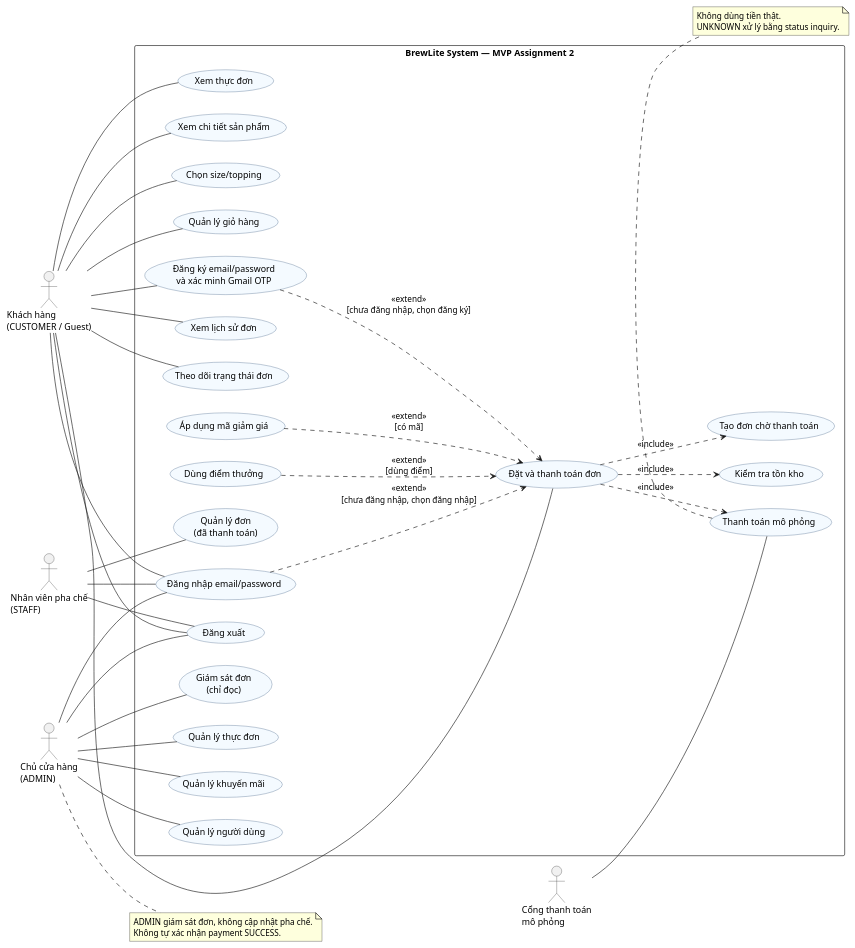
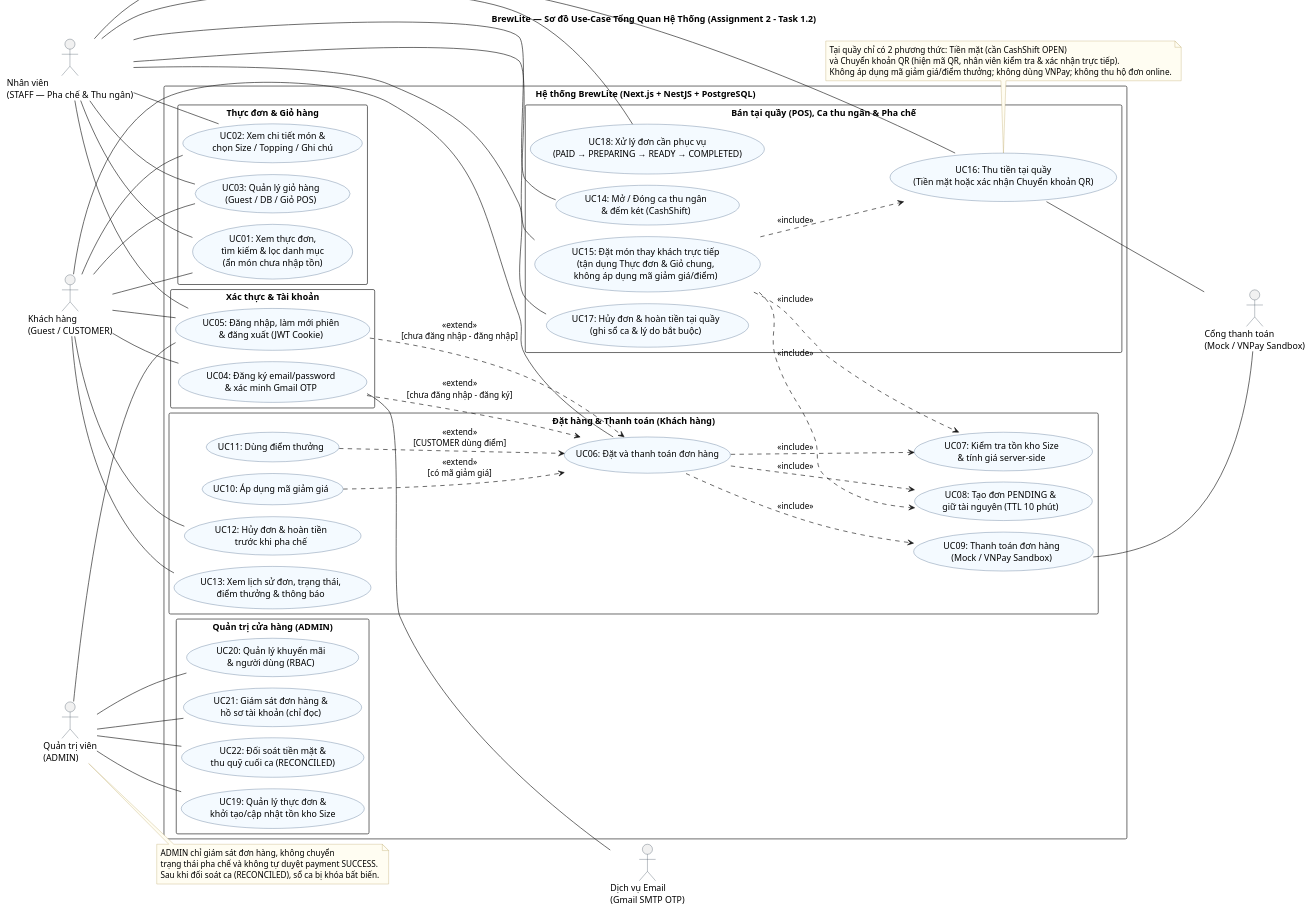
One commit to brewlite/brewlite-monorepo changed the diagram in docs/diagrams/usecase-overview.puml. Above: the diagram before and after it, drawn with PlantUML. The commit also changed 120 other files, not shown here.

Commit message:
feat: add counter POS, cash shifts, admin statistics, staff history, and loyalty updates

```diff
--- a/docs/diagrams/usecase-overview.puml
+++ b/docs/diagrams/usecase-overview.puml
@@ -1,76 +1,117 @@
 @startuml
-' P0 2026-11-07: source labels updated; exported SVG/VP Class/Activity not regenerated.
+!pragma layout smetana
 left to right direction
 skinparam defaultFontName Arial
 skinparam packageStyle rectangle
 skinparam shadowing false
 skinparam usecaseBackgroundColor #F4FAFF
 skinparam usecaseBorderColor #35567C
-skinparam actorBorderColor #333333
+skinparam actorBorderColor #2F3E4E
+skinparam noteBackgroundColor #FFFDF2
+skinparam noteBorderColor #B59F5B
 
-actor "Khách hàng\n(CUSTOMER / Guest)" as C
-actor "Nhân viên pha chế\n(STAFF)" as S
-actor "Chủ cửa hàng\n(ADMIN)" as O
-actor "Cổng thanh toán\nmô phỏng" as P
+title BrewLite — Sơ đồ Use-Case Tổng Quan Hệ Thống (Assignment 2 - Task 1.2)
 
-rectangle "BrewLite System — MVP Assignment 2" {
-  usecase "Xem thực đơn" as UC01
-  usecase "Xem chi tiết sản phẩm" as UC02
-  usecase "Chọn size/topping" as UC03
-  usecase "Quản lý giỏ hàng" as UC04
-  usecase "Đăng ký email/password\nvà xác minh Gmail OTP" as UC05
-  usecase "Đăng nhập email/password" as UC06
-  usecase "Đăng xuất" as UC07
-  usecase "Đặt và thanh toán đơn" as UC08
-  usecase "Kiểm tra tồn kho" as UC09
-  usecase "Tạo đơn chờ thanh toán" as UC10
-  usecase "Thanh toán mô phỏng" as UC11
-  usecase "Áp dụng mã giảm giá" as UC12
-  usecase "Dùng điểm thưởng" as UC13
-  usecase "Xem lịch sử đơn" as UC14
-  usecase "Theo dõi trạng thái đơn" as UC15
-  usecase "Quản lý đơn\n(đã thanh toán)" as UC16
-  usecase "Quản lý thực đơn" as UC17
-  usecase "Quản lý khuyến mãi" as UC18
-  usecase "Quản lý người dùng" as UC19
-  usecase "Giám sát đơn\n(chỉ đọc)" as UC20
+actor "Khách hàng\n(Guest / CUSTOMER)" as C
+actor "Nhân viên\n(STAFF — Pha chế & Thu ngân)" as S
+actor "Quản trị viên\n(ADMIN)" as A
+actor "Cổng thanh toán\n(Mock / VNPay Sandbox)" as Pay
+actor "Dịch vụ Email\n(Gmail SMTP OTP)" as Mail
+
+rectangle "Hệ thống BrewLite (Next.js + NestJS + PostgreSQL)" {
+  package "Thực đơn & Giỏ hàng" {
+    usecase "UC01: Xem thực đơn,\ntìm kiếm & lọc danh mục\n(ẩn món chưa nhập tồn)" as UC01
+    usecase "UC02: Xem chi tiết món &\nchọn Size / Topping / Ghi chú" as UC02
+    usecase "UC03: Quản lý giỏ hàng\n(Guest / DB / Giỏ POS)" as UC03
+  }
+
+  package "Xác thực & Tài khoản" {
+    usecase "UC04: Đăng ký email/password\n& xác minh Gmail OTP" as UC04
+    usecase "UC05: Đăng nhập, làm mới phiên\n& đăng xuất (JWT Cookie)" as UC05
+  }
+
+  package "Đặt hàng & Thanh toán (Khách hàng)" {
+    usecase "UC06: Đặt và thanh toán đơn hàng" as UC06
+    usecase "UC07: Kiểm tra tồn kho Size\n& tính giá server-side" as UC07
+    usecase "UC08: Tạo đơn PENDING &\ngiữ tài nguyên (TTL 10 phút)" as UC08
+    usecase "UC09: Thanh toán đơn hàng\n(Mock / VNPay Sandbox)" as UC09
+    usecase "UC10: Áp dụng mã giảm giá" as UC10
+    usecase "UC11: Dùng điểm thưởng" as UC11
+    usecase "UC12: Hủy đơn & hoàn tiền\ntrước khi pha chế" as UC12
+    usecase "UC13: Xem lịch sử đơn, trạng thái,\nđiểm thưởng & thông báo" as UC13
+  }
+
+  package "Bán tại quầy (POS), Ca thu ngân & Pha chế" {
+    usecase "UC14: Mở / Đóng ca thu ngân\n& đếm két (CashShift)" as UC14
+    usecase "UC15: Đặt món thay khách trực tiếp\n(tận dụng Thực đơn & Giỏ chung,\nkhông áp dụng mã giảm giá/điểm)" as UC15
+    usecase "UC16: Thu tiền tại quầy\n(Tiền mặt hoặc xác nhận Chuyển khoản QR)" as UC16
+    usecase "UC17: Hủy đơn & hoàn tiền tại quầy\n(ghi sổ ca & lý do bắt buộc)" as UC17
+    usecase "UC18: Xử lý đơn cần phục vụ\n(PAID → PREPARING → READY → COMPLETED)" as UC18
+  }
+
+  package "Quản trị cửa hàng (ADMIN)" {
+    usecase "UC19: Quản lý thực đơn &\nkhởi tạo/cập nhật tồn kho Size" as UC19
+    usecase "UC20: Quản lý khuyến mãi\n& người dùng (RBAC)" as UC20
+    usecase "UC21: Giám sát đơn hàng &\nhồ sơ tài khoản (chỉ đọc)" as UC21
+    usecase "UC22: Đối soát tiền mặt &\nthu quỹ cuối ca (RECONCILED)" as UC22
+  }
 }
 
+' Khách hàng
 C -- UC01
 C -- UC02
 C -- UC03
 C -- UC04
 C -- UC05
 C -- UC06
-C -- UC07
-C -- UC08
-C -- UC14
-C -- UC15
-S -- UC06
-S -- UC07
+C -- UC12
+C -- UC13
+
+' Nhân viên (STAFF)
+S -- UC01
+S -- UC02
+S -- UC03
+S -- UC05
+S -- UC14
+S -- UC15
 S -- UC16
-O -- UC06
-O -- UC07
-O -- UC17
-O -- UC18
-O -- UC19
-O -- UC20
-note right of O
-  ADMIN giám sát đơn, không cập nhật pha chế.
-  Không tự xác nhận payment SUCCESS.
+S -- UC17
+S -- UC18
+
+' Quản trị viên (ADMIN)
+A -- UC05
+A -- UC19
+A -- UC20
+A -- UC21
+A -- UC22
+
+' Hệ thống ngoài
+UC04 -- Mail
+UC09 -- Pay
+UC16 -- Pay
+
+' Quan hệ Include / Extend
+UC06 ..> UC07 : <<include>>
+UC06 ..> UC08 : <<include>>
+UC06 ..> UC09 : <<include>>
+UC10 ..> UC06 : <<extend>>\n[có mã giảm giá]
+UC11 ..> UC06 : <<extend>>\n[CUSTOMER dùng điểm]
+UC04 ..> UC06 : <<extend>>\n[chưa đăng nhập - đăng ký]
+UC05 ..> UC06 : <<extend>>\n[chưa đăng nhập - đăng nhập]
+
+UC15 ..> UC07 : <<include>>
+UC15 ..> UC08 : <<include>>
+UC15 ..> UC16 : <<include>>
+
+note bottom of UC16
+  Tại quầy chỉ có 2 phương thức: Tiền mặt (cần CashShift OPEN)
+  và Chuyển khoản QR (hiện mã QR, nhân viên kiểm tra & xác nhận trực tiếp).
+  Không áp dụng mã giảm giá/điểm thưởng; không dùng VNPay; không thu hộ đơn online.
 end note
-P -- UC11
 
-UC08 ..> UC09 : <<include>>
-UC08 ..> UC10 : <<include>>
-UC08 ..> UC11 : <<include>>
-UC12 ..> UC08 : <<extend>>\n[có mã]
-UC13 ..> UC08 : <<extend>>\n[dùng điểm]
-UC05 ..> UC08 : <<extend>>\n[chưa đăng nhập, chọn đăng ký]
-UC06 ..> UC08 : <<extend>>\n[chưa đăng nhập, chọn đăng nhập]
-
-note bottom of UC11
-  Không dùng tiền thật.
-  UNKNOWN xử lý bằng status inquiry.
+note right of A
+  ADMIN chỉ giám sát đơn hàng, không chuyển
+  trạng thái pha chế và không tự duyệt payment SUCCESS.
+  Sau khi đối soát ca (RECONCILED), sổ ca bị khóa bất biến.
 end note
 @enduml
```
